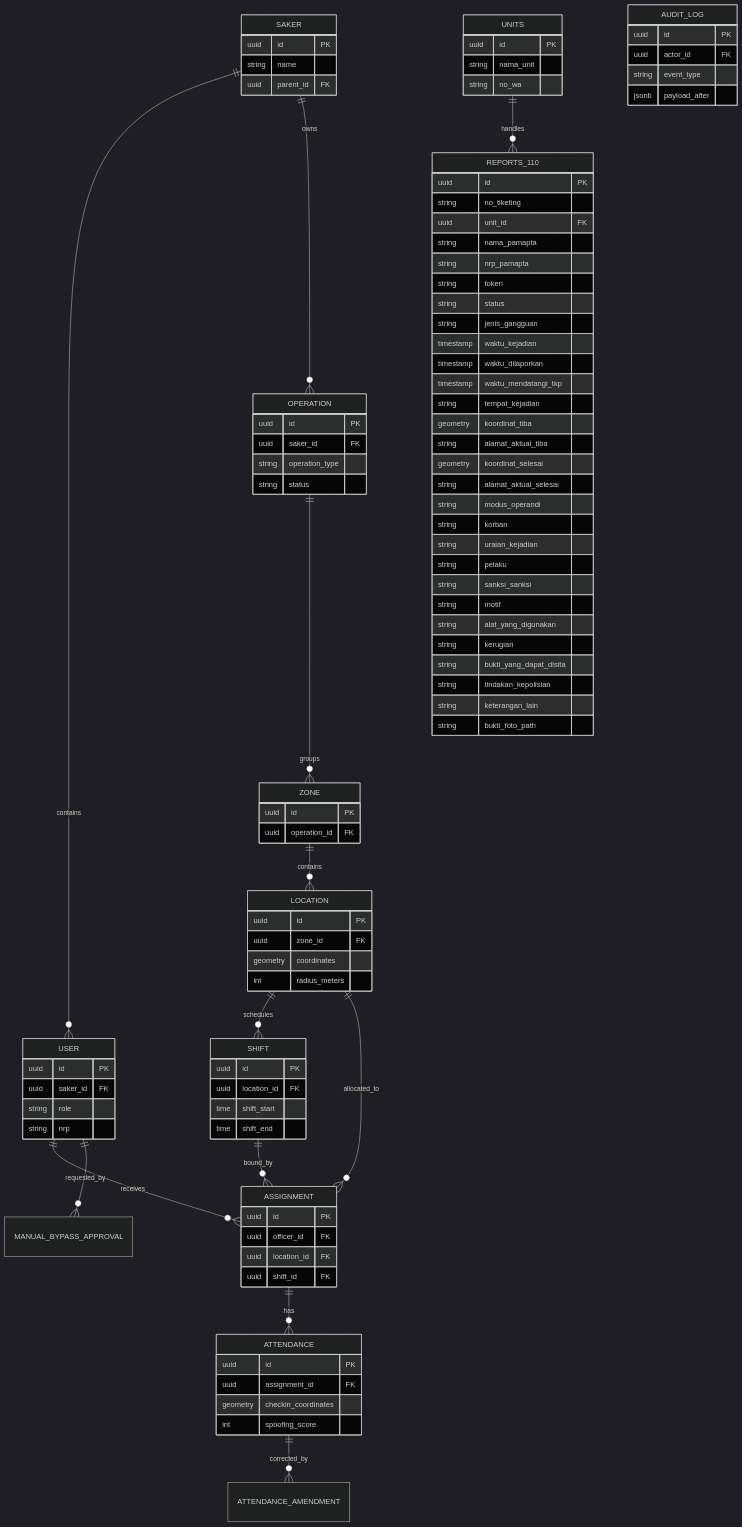
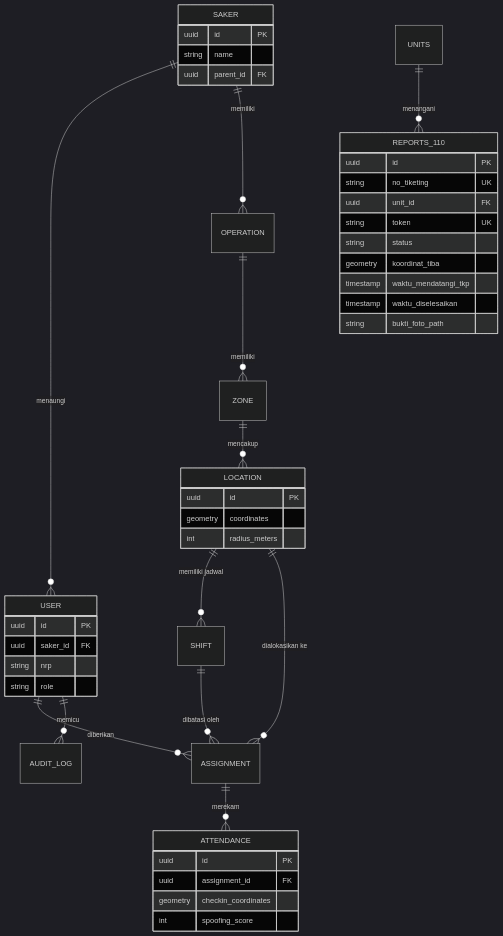
Before and after one commit to Sxuoi/police-hazard: the second of 2 diagrams in PRD.md, drawn with Mermaid (dark theme). The commit also changed other lines of this file, not shown here.

````diff
--- a/PRD.md
+++ b/PRD.md
@@ -97,17 +170,16 @@
 ```mermaid
 erDiagram
-    SAKER ||--o{ USER : contains
-    SAKER ||--o{ OPERATION : owns
-    OPERATION ||--o{ ZONE : groups
-    ZONE ||--o{ LOCATION : contains
-    LOCATION ||--o{ SHIFT : schedules
-    USER ||--o{ ASSIGNMENT : receives
-    LOCATION ||--o{ ASSIGNMENT : allocated_to
-    SHIFT ||--o{ ASSIGNMENT : bound_by
-    ASSIGNMENT ||--o{ ATTENDANCE : has
-    ATTENDANCE ||--o{ ATTENDANCE_AMENDMENT : corrected_by
-    USER ||--o{ MANUAL_BYPASS_APPROVAL : requested_by
-    UNITS ||--o{ REPORTS_110 : handles
+    SAKER ||--o{ USER : "menaungi"
+    SAKER ||--o{ OPERATION : "memiliki"
+    OPERATION ||--o{ ZONE : "memiliki"
+    ZONE ||--o{ LOCATION : "mencakup"
+    LOCATION ||--o{ SHIFT : "memiliki jadwal"
+    USER ||--o{ ASSIGNMENT : "diberikan"
+    LOCATION ||--o{ ASSIGNMENT : "dialokasikan ke"
+    SHIFT ||--o{ ASSIGNMENT : "dibatasi oleh"
+    ASSIGNMENT ||--o{ ATTENDANCE : "merekam"
+    USER ||--o{ AUDIT_LOG : "memicu"
+    UNITS ||--o{ REPORTS_110 : "menangani"
 
     SAKER {
         uuid id PK
@@ -117,36 +189,13 @@
     USER {
         uuid id PK
         uuid saker_id FK
+        string nrp
         string role
-        string nrp
-    }
-    OPERATION {
-        uuid id PK
-        uuid saker_id FK
-        string operation_type
-        string status
-    }
-    ZONE {
-        uuid id PK
-        uuid operation_id FK
     }
     LOCATION {
         uuid id PK
-        uuid zone_id FK
         geometry coordinates
         int radius_meters
-    }
-    SHIFT {
-        uuid id PK
-        uuid location_id FK
-        time shift_start
-        time shift_end
-    }
-    ASSIGNMENT {
-        uuid id PK
-        uuid officer_id FK
-        uuid location_id FK
-        uuid shift_id FK
     }
     ATTENDANCE {
         uuid id PK
@@ -154,45 +203,15 @@
         geometry checkin_coordinates
         int spoofing_score
     }
-    AUDIT_LOG {
-        uuid id PK
-        uuid actor_id FK
-        string event_type
-        jsonb payload_after
-    }
-    UNITS {
-        uuid id PK
-        string nama_unit
-        string no_wa
-    }
     REPORTS_110 {
         uuid id PK
-        string no_tiketing
+        string no_tiketing UK
         uuid unit_id FK
-        string nama_pamapta
-        string nrp_pamapta
-        string token
+        string token UK
         string status
-        string jenis_gangguan
-        timestamp waktu_kejadian
-        timestamp waktu_dilaporkan
+        geometry koordinat_tiba
         timestamp waktu_mendatangi_tkp
-        string tempat_kejadian
-        geometry koordinat_tiba
-        string alamat_aktual_tiba
-        geometry koordinat_selesai
-        string alamat_aktual_selesai
-        string modus_operandi
-        string korban
-        string uraian_kejadian
-        string pelaku
-        string sanksi_sanksi
-        string motif
-        string alat_yang_digunakan
-        string kerugian
-        string bukti_yang_dapat_disita
-        string tindakan_kepolisian
-        string keterangan_lain
+        timestamp waktu_diselesaikan
         string bukti_foto_path
     }
 ```
````
